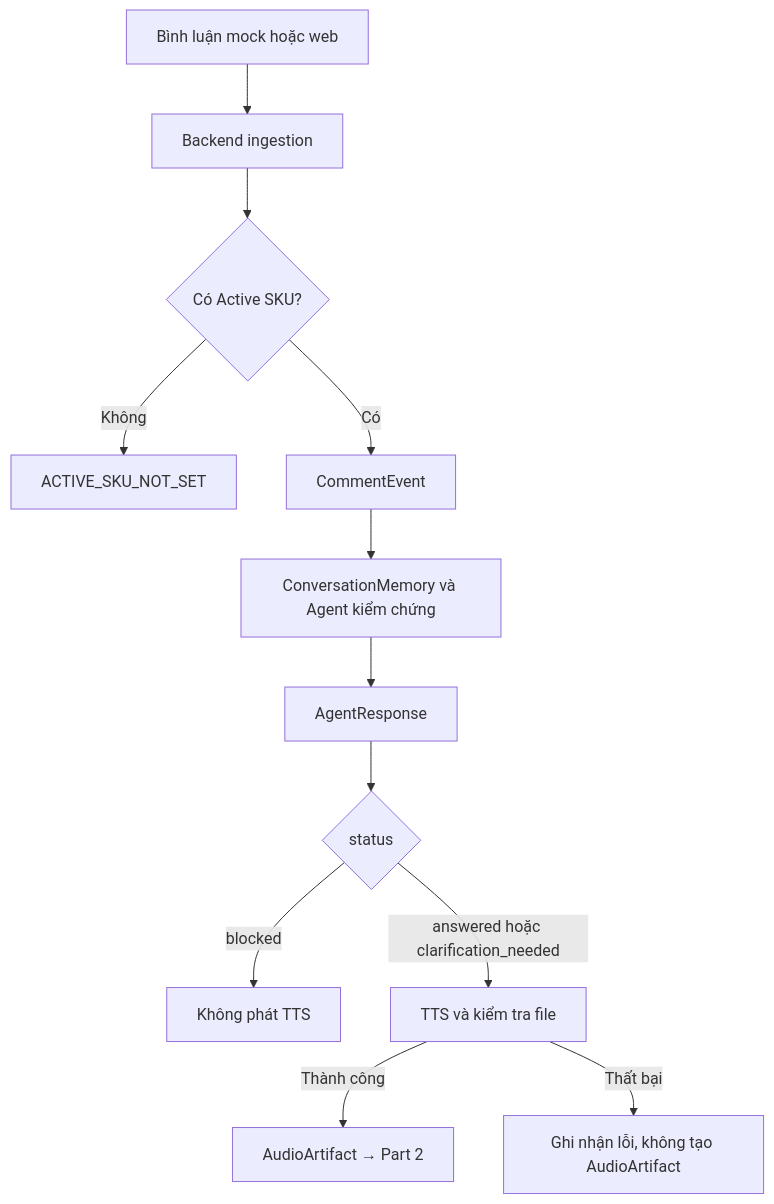
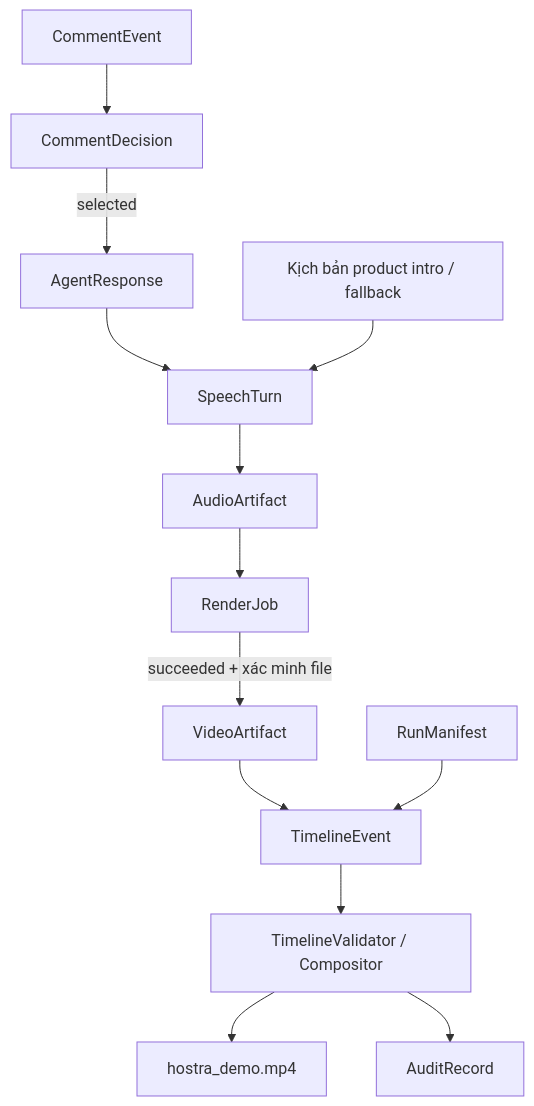
One commit to QuangCanhCut/Hostra_AI_PoC changed the first of 2 diagrams in docs/data_contracts.md. Above: the diagram before and after it, drawn with Mermaid. The commit also changed other lines of this file and 25 other files, not shown here.

````diff
--- a/docs/data_contracts.md
+++ b/docs/data_contracts.md
@@ -25,14 +36,15 @@
 ```mermaid
 flowchart TD
-    A["Bình luận mock hoặc web"] --> B["Backend ingestion"]
-    B --> C{"Có Active SKU?"}
-    C -->|Không| X["ACTIVE_SKU_NOT_SET"]
-    C -->|Có| D["CommentEvent"]
-    D --> E["ConversationMemory và Agent kiểm chứng"]
-    E --> F["AgentResponse"]
-    F --> G{"status"}
-    G -->|blocked| H["Không phát TTS"]
-    G -->|answered hoặc clarification_needed| I["TTS và kiểm tra file"]
-    I -->|Thành công| J["AudioArtifact → Part 2"]
-    I -->|Thất bại| K["Ghi nhận lỗi, không tạo AudioArtifact"]
+    A["CommentEvent"] --> B["CommentDecision"]
+    B -->|selected| C["AgentResponse"]
+    C --> D["SpeechTurn"]
+    S["Kịch bản product intro / fallback"] --> D
+    D --> E["AudioArtifact"]
+    E --> F["RenderJob"]
+    F -->|succeeded + xác minh file| G["VideoArtifact"]
+    G --> H["TimelineEvent"]
+    M["RunManifest"] --> H
+    H --> I["TimelineValidator / Compositor"]
+    I --> J["hostra_demo.mp4"]
+    I --> K["AuditRecord"]
 ```
````
